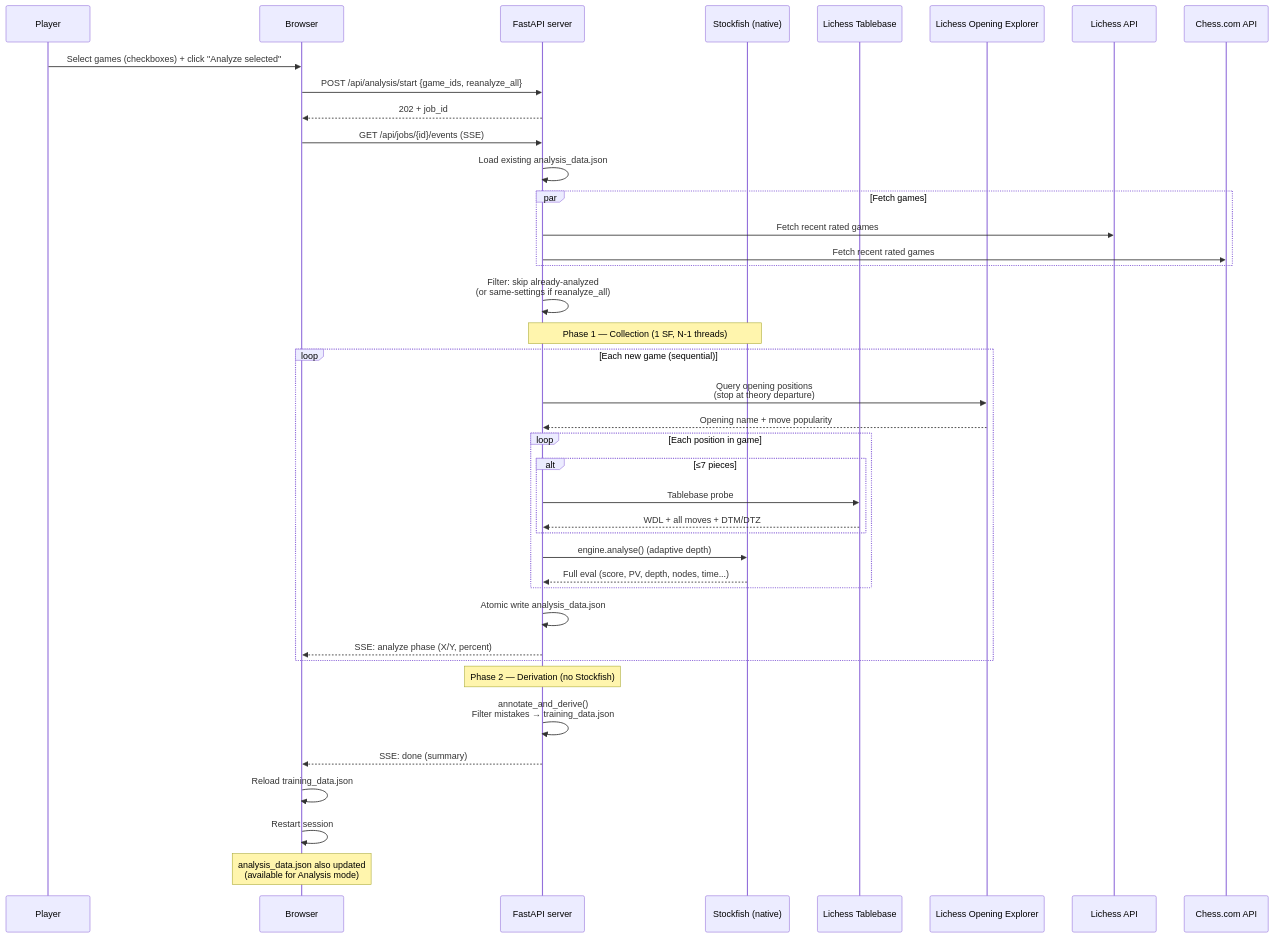
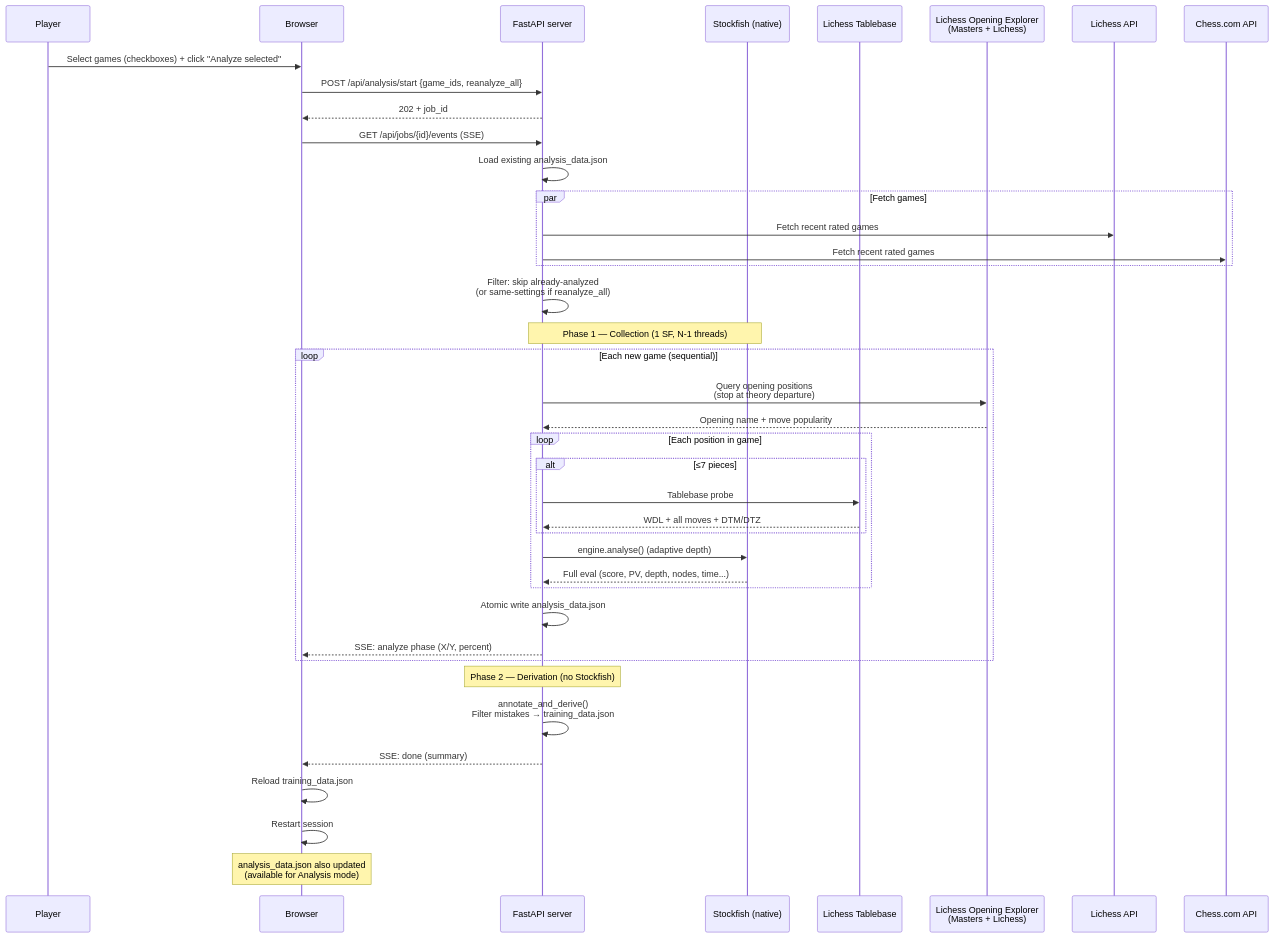
The third of 5 diagrams in docs/flows/user-flows.md (Bobain/chess-self-coach), drawn with Mermaid before and after one commit. The commit also changed other lines of this file and 3 other files, not shown here.

First line of the commit message:
Update docs for Masters-based opening theory detection

````diff
--- a/docs/flows/user-flows.md
+++ b/docs/flows/user-flows.md
@@ -104,52 +104,52 @@
 ```mermaid
 sequenceDiagram
     participant U as Player
     participant PWA as Browser
     participant API as FastAPI server
     participant SF as Stockfish (native)
     participant TB as Lichess Tablebase
-    participant OE as Lichess Opening Explorer
+    participant OE as Lichess Opening Explorer<br/>(Masters + Lichess)
     participant L as Lichess API
     participant C as Chess.com API
 
     U->>PWA: Select games (checkboxes) + click "Analyze selected"
     PWA->>API: POST /api/analysis/start {game_ids, reanalyze_all}
     API-->>PWA: 202 + job_id
     PWA->>API: GET /api/jobs/{id}/events (SSE)
 
     API->>API: Load existing analysis_data.json
 
     par Fetch games
         API->>L: Fetch recent rated games
         API->>C: Fetch recent rated games
     end
 
     API->>API: Filter: skip already-analyzed<br/>(or same-settings if reanalyze_all)
 
     Note over API,SF: Phase 1 — Collection (1 SF, N-1 threads)
 
     loop Each new game (sequential)
         API->>OE: Query opening positions<br/>(stop at theory departure)
         OE-->>API: Opening name + move popularity
 
         loop Each position in game
             alt ≤7 pieces
                 API->>TB: Tablebase probe
                 TB-->>API: WDL + all moves + DTM/DTZ
             end
             API->>SF: engine.analyse() (adaptive depth)
             SF-->>API: Full eval (score, PV, depth, nodes, time...)
         end
 
         API->>API: Atomic write analysis_data.json
         API-->>PWA: SSE: analyze phase (X/Y, percent)
     end
 
     Note over API: Phase 2 — Derivation (no Stockfish)
     API->>API: annotate_and_derive()<br/>Filter mistakes → training_data.json
 
     API-->>PWA: SSE: done (summary)
     PWA->>PWA: Reload training_data.json
     PWA->>PWA: Restart session
     Note over PWA: analysis_data.json also updated<br/>(available for Analysis mode)
 ```
````
